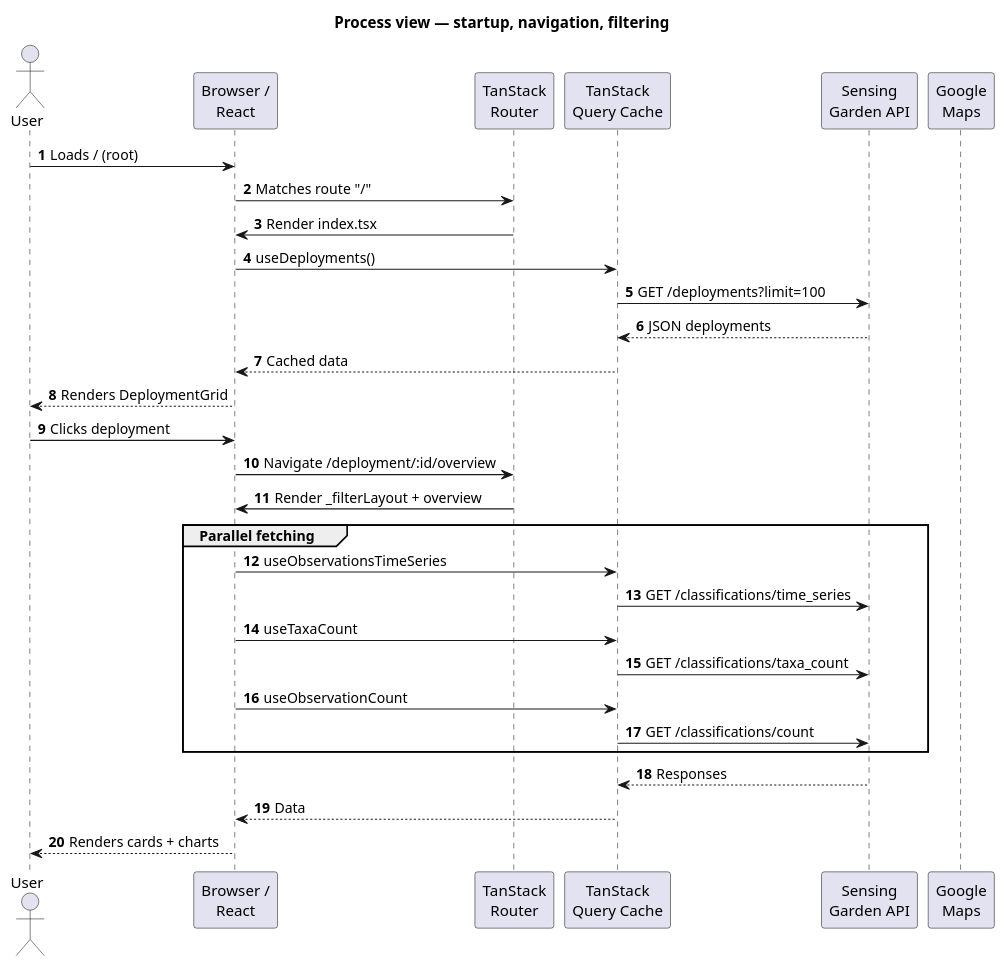
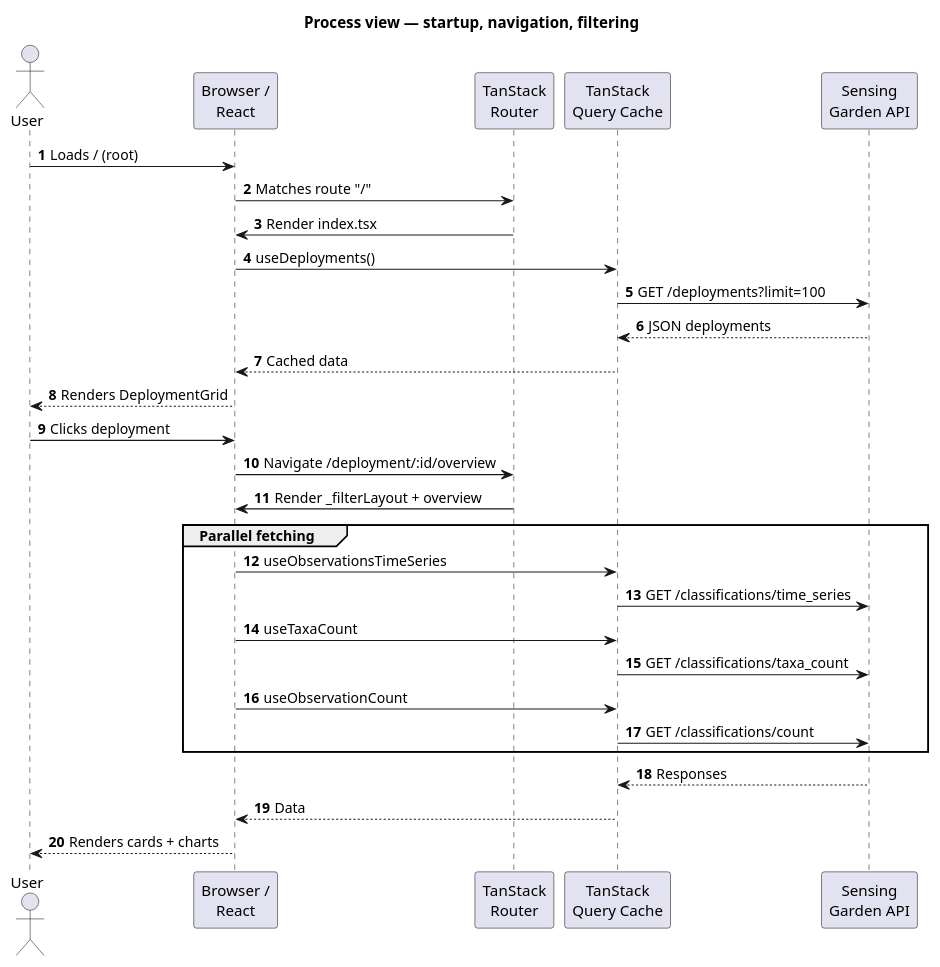
Before and after one commit to seandreassen/sensing-garden-dashboard: the diagram in docs/diagrams/process-view-1.puml, drawn with PlantUML. The commit also changed 30 other files, not shown here.

First line of the commit message:
docs: many new architecture diagrams

```diff
--- a/docs/diagrams/process-view-1.puml
+++ b/docs/diagrams/process-view-1.puml
@@ -1,37 +1,35 @@
 @startuml process-view
 title Process view — startup, navigation, filtering
 
 actor "User" as U
 participant "Browser /\nReact" as B
 participant "TanStack\nRouter" as R
 participant "TanStack\nQuery Cache" as Q
 participant "Sensing\nGarden API" as API
-participant "Google\nMaps" as GM
-
 autonumber
 
 U -> B : Loads / (root)
 B -> R : Matches route "/"
 R -> B : Render index.tsx
 B -> Q : useDeployments()
 Q -> API : GET /deployments?limit=100
 API --> Q : JSON deployments
 Q --> B : Cached data
 B --> U : Renders DeploymentGrid
 
 U -> B : Clicks deployment
 B -> R : Navigate /deployment/:id/overview
 R -> B : Render _filterLayout + overview
 
 group Parallel fetching
   B -> Q : useObservationsTimeSeries
   Q -> API : GET /classifications/time_series
   B -> Q : useTaxaCount
   Q -> API : GET /classifications/taxa_count
   B -> Q : useObservationCount
   Q -> API : GET /classifications/count
 end
 API --> Q : Responses
 Q --> B : Data
 B --> U : Renders cards + charts
 @enduml
```
